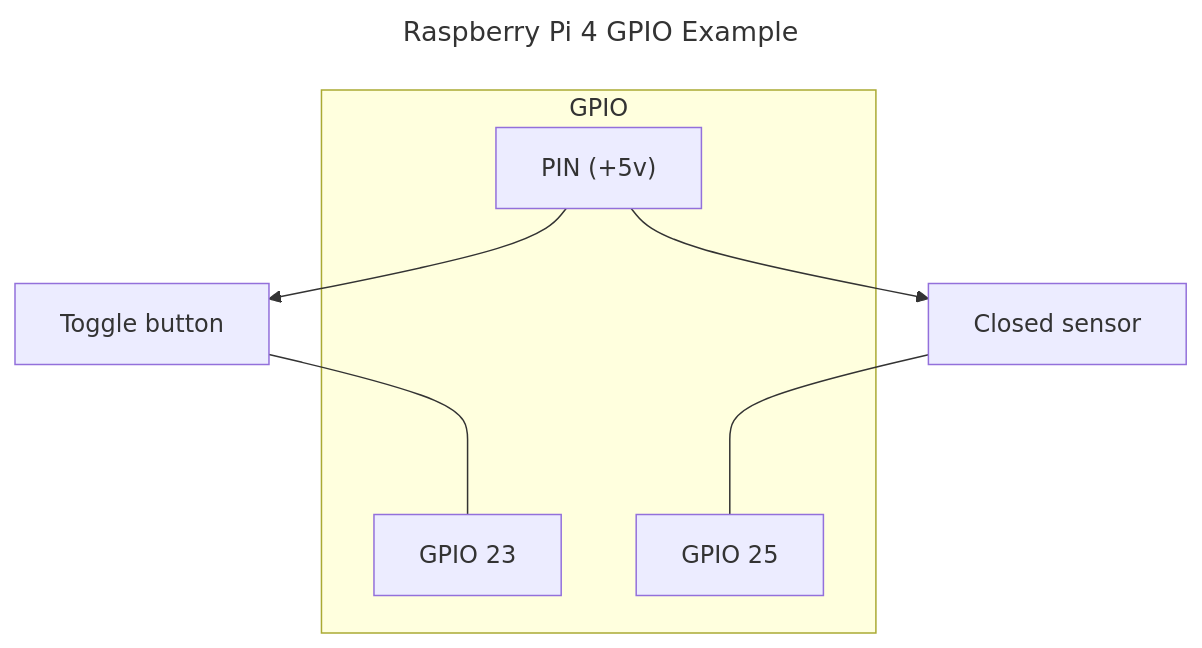
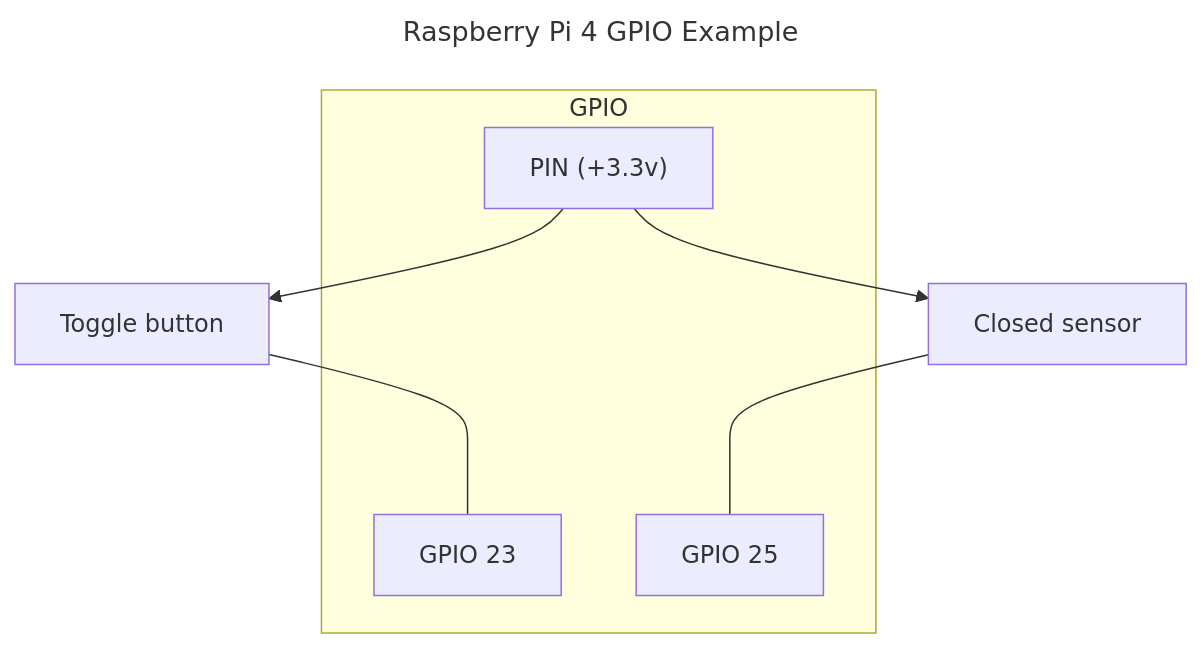
Before and after one commit to rosenkolev/home-assistant-gpio-integration: the fourth of 6 diagrams in README.md, drawn with Mermaid. The commit also changed other lines of this file and 26 other files, not shown here.

````diff
--- a/README.md
+++ b/README.md
@@ -175,16 +176,16 @@
 ```mermaid
 ---
 title: Raspberry Pi 4 GPIO Example
 ---
 flowchart TB
   subgraph GPIO
-    A["PIN (+5v)"]
+    A["PIN (+3.3v)"]
     C[GPIO 23]
     E[GPIO 25]
   end
 
   A --> F[Toggle button]
   F ---- C
   A --> H[Closed sensor]
   H ---- E
 ```
````
